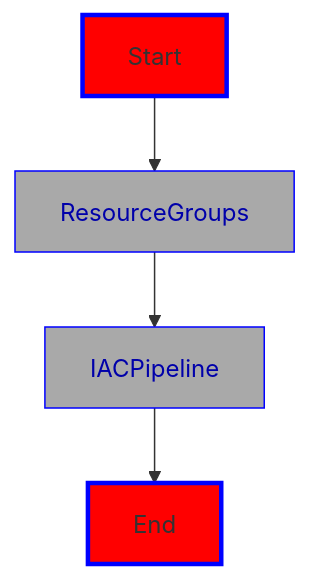
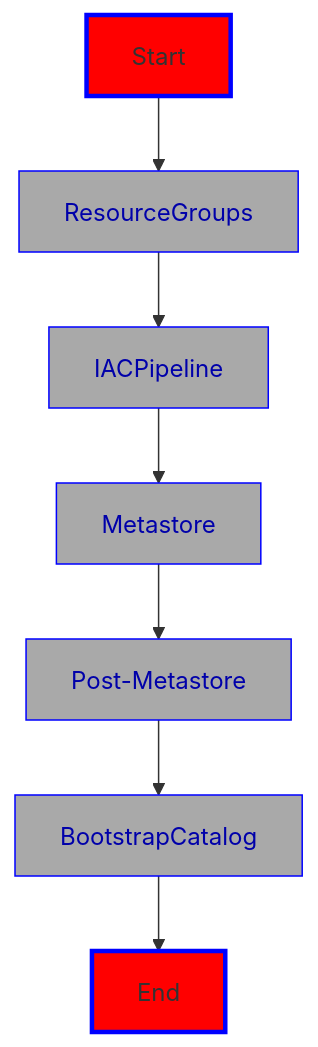
The diagram in iac-adb-360/README.md (Azure/Databricks360), drawn with Mermaid before and after one commit.

````diff
--- a/iac-adb-360/README.md
+++ b/iac-adb-360/README.md
@@ -14,11 +14,17 @@
 ```mermaid
 flowchart TD
 Start --> ResourceGroups
 style Start fill:red,stroke:blue,stroke-width:3px,shadow:shadow
 ResourceGroups --> IACPipeline
 style ResourceGroups fill:darkgray,stroke:blue,stroke-witdth:3px,shadow:shadow,color:#0000aa
-IACPipeline --> End
+IACPipeline --> Metastore
 style IACPipeline fill:darkgray,stroke:blue,stroke-witdth:3px,shadow:shadow,color:#0000aa
+Metastore --> Post-Metastore
+style Metastore fill:darkgray,stroke:blue,stroke-witdth:3px,shadow:shadow,color:#0000aa
+Post-Metastore --> BootstrapCatalog
+style Post-Metastore fill:darkgray,stroke:blue,stroke-witdth:3px,shadow:shadow,color:#0000aa
+BootstrapCatalog --> End
+style BootstrapCatalog fill:darkgray,stroke:blue,stroke-witdth:3px,shadow:shadow,color:#0000aa
 style End fill:red,stroke:blue,stroke-width:3px,shadow:shadow
 
 ```
````
